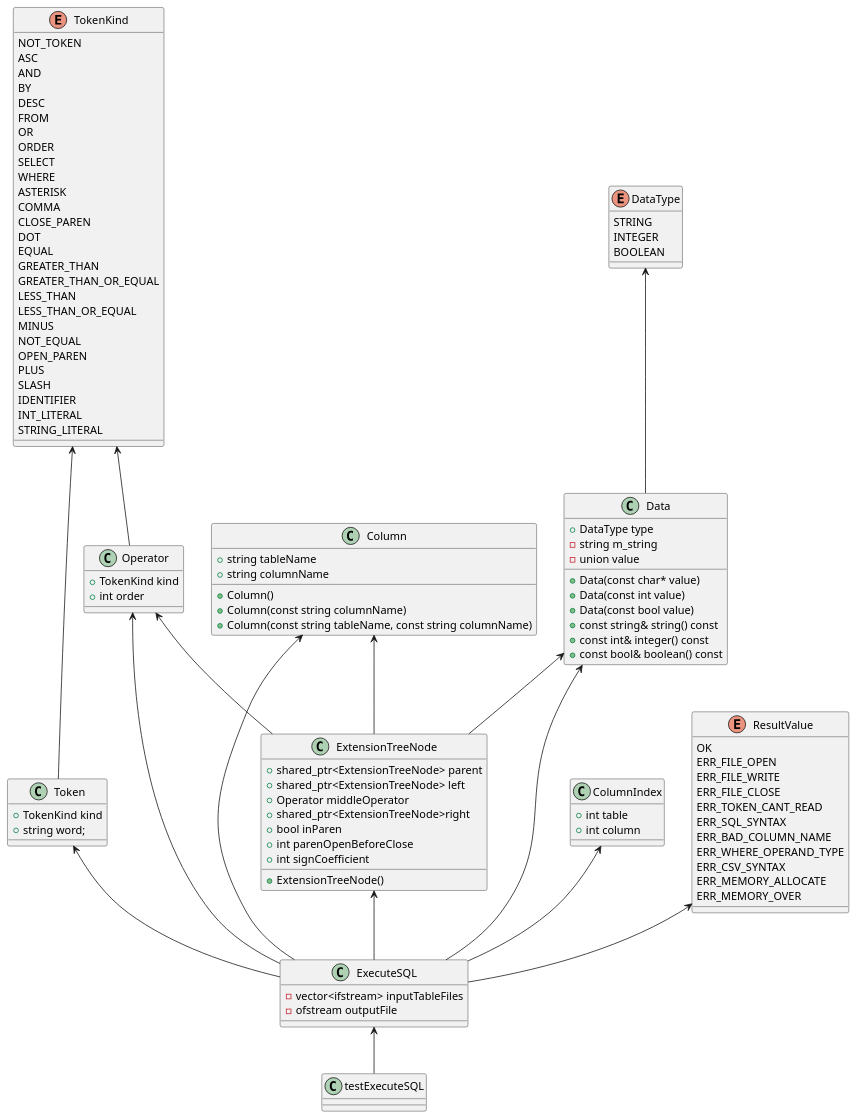
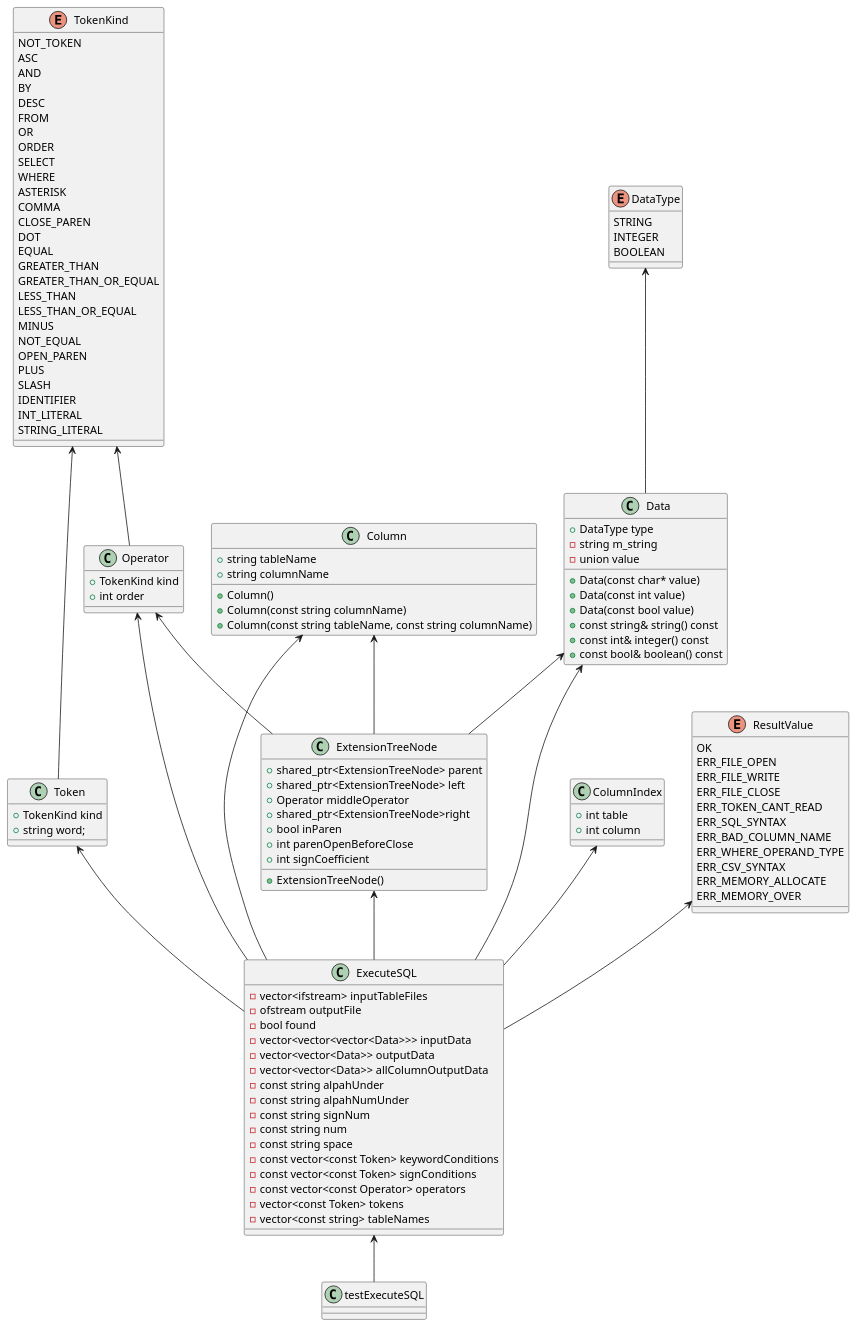
The diagram in ExecuteSQL.pu (yotten/TinySQL), drawn with PlantUML before and after one commit.

Commit message:
事前準備(124.メソッドオブジェクトパターンとしてSqlQueryクラスの導入)

```diff
--- a/ExecuteSQL.pu
+++ b/ExecuteSQL.pu
@@ -1,110 +1,124 @@
 @startuml
 
 class testExecuteSQL {}
 class ExecuteSQL {
 	-vector<ifstream> inputTableFiles
 	-ofstream outputFile
+	-bool found
+	-vector<vector<vector<Data>>> inputData
+	-vector<vector<Data>> outputData
+	-vector<vector<Data>> allColumnOutputData
+	-const string alpahUnder
+	-const string alpahNumUnder
+	-const string signNum
+	-const string num
+	-const string space
+	-const vector<const Token> keywordConditions
+	-const vector<const Token> signConditions
+	-const vector<const Operator> operators
+	-vector<const Token> tokens
+	-vector<const string> tableNames
 }	
 class Data {
     +DataType type
 	-string m_string
 	-union value
 	+Data(const char* value)
 	+Data(const int value)
 	+Data(const bool value)
 	+const string& string() const
 	+const int& integer() const
 	+const bool& boolean() const
 }
 class Operator{
     +TokenKind kind
     +int order
 }
 class Token{
     +TokenKind kind
     +string word;
 }
 class ExtensionTreeNode{
 	+shared_ptr<ExtensionTreeNode> parent
 	+shared_ptr<ExtensionTreeNode> left
 	+Operator middleOperator
 	+shared_ptr<ExtensionTreeNode>right
 	+bool inParen
 	+int parenOpenBeforeClose
 	+int signCoefficient
 	+ExtensionTreeNode()
 }
 class ColumnIndex{
     +int table
     +int column
 }
 class Column{
     +string tableName
     +string columnName
     +Column()
     +Column(const string columnName)
     +Column(const string tableName, const string columnName)
 }
 enum DataType{
    	STRING
 	INTEGER
 	BOOLEAN
 }
 enum TokenKind{
     NOT_TOKEN
 	ASC
 	AND
 	BY
 	DESC
 	FROM
 	OR
 	ORDER
 	SELECT
 	WHERE
 	ASTERISK
 	COMMA
 	CLOSE_PAREN
 	DOT
 	EQUAL
 	GREATER_THAN
 	GREATER_THAN_OR_EQUAL
 	LESS_THAN
 	LESS_THAN_OR_EQUAL
 	MINUS
 	NOT_EQUAL
 	OPEN_PAREN
 	PLUS
 	SLASH
 	IDENTIFIER
 	INT_LITERAL
 	STRING_LITERAL
 }
 enum ResultValue{
     OK
 	ERR_FILE_OPEN
 	ERR_FILE_WRITE
 	ERR_FILE_CLOSE
 	ERR_TOKEN_CANT_READ
 	ERR_SQL_SYNTAX
 	ERR_BAD_COLUMN_NAME
 	ERR_WHERE_OPERAND_TYPE
 	ERR_CSV_SYNTAX
 	ERR_MEMORY_ALLOCATE
 	ERR_MEMORY_OVER
 }
 
 ExecuteSQL <-- testExecuteSQL
 Data <-- ExecuteSQL
 Operator <-- ExecuteSQL
 Token <-- ExecuteSQL
 ExtensionTreeNode <-- ExecuteSQL
 ColumnIndex <-- ExecuteSQL
 Column <-- ExecuteSQL
 ResultValue <-- ExecuteSQL
 DataType <-- Data
 TokenKind <-- Token
 TokenKind <-- Operator
 Operator <-- ExtensionTreeNode
 Column <-- ExtensionTreeNode
 Data <-- ExtensionTreeNode
 @enduml
```
